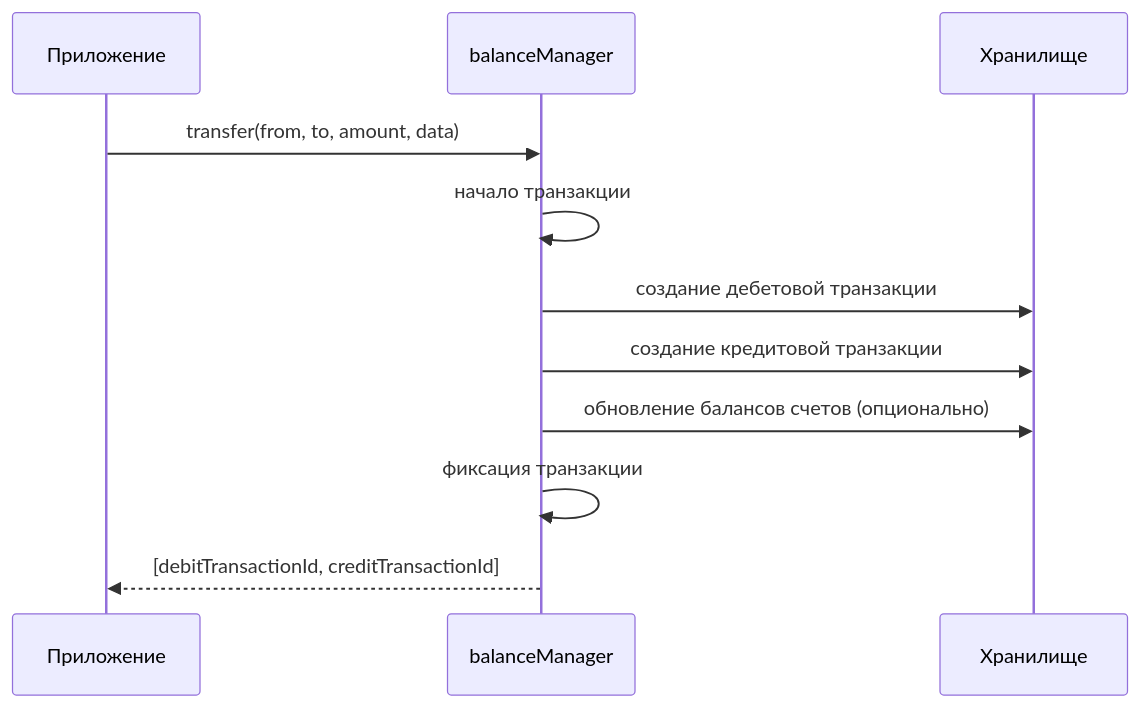
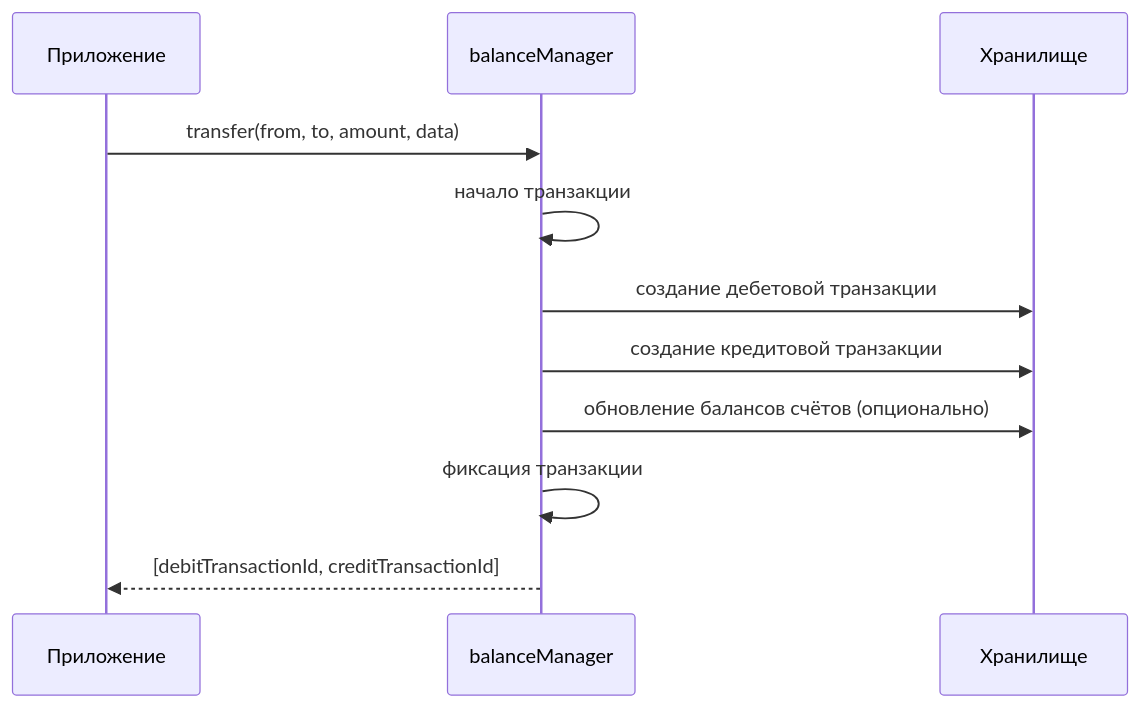
The second of 4 diagrams in README.md (nazbav/yii2-account-balance), drawn with Mermaid before and after one commit. The commit also changed other lines of this file, not shown here.

````diff
--- a/README.md
+++ b/README.md
@@ -71,14 +71,14 @@
 ```mermaid
 sequenceDiagram
     participant App as Приложение
     participant M as balanceManager
     participant DB as Хранилище
 
     App->>M: transfer(from, to, amount, data)
     M->>M: начало транзакции
     M->>DB: создание дебетовой транзакции
     M->>DB: создание кредитовой транзакции
-    M->>DB: обновление балансов счетов (опционально)
+    M->>DB: обновление балансов счётов (опционально)
     M->>M: фиксация транзакции
     M-->>App: [debitTransactionId, creditTransactionId]
 ```
````
